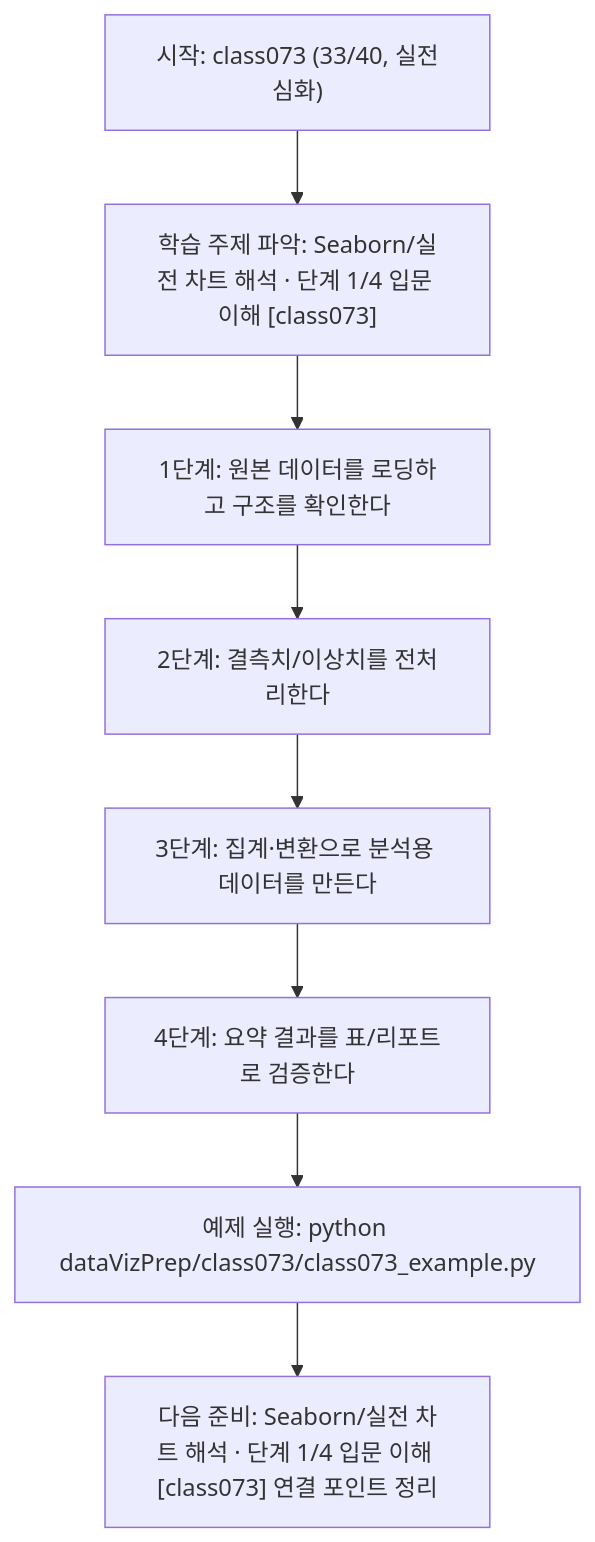
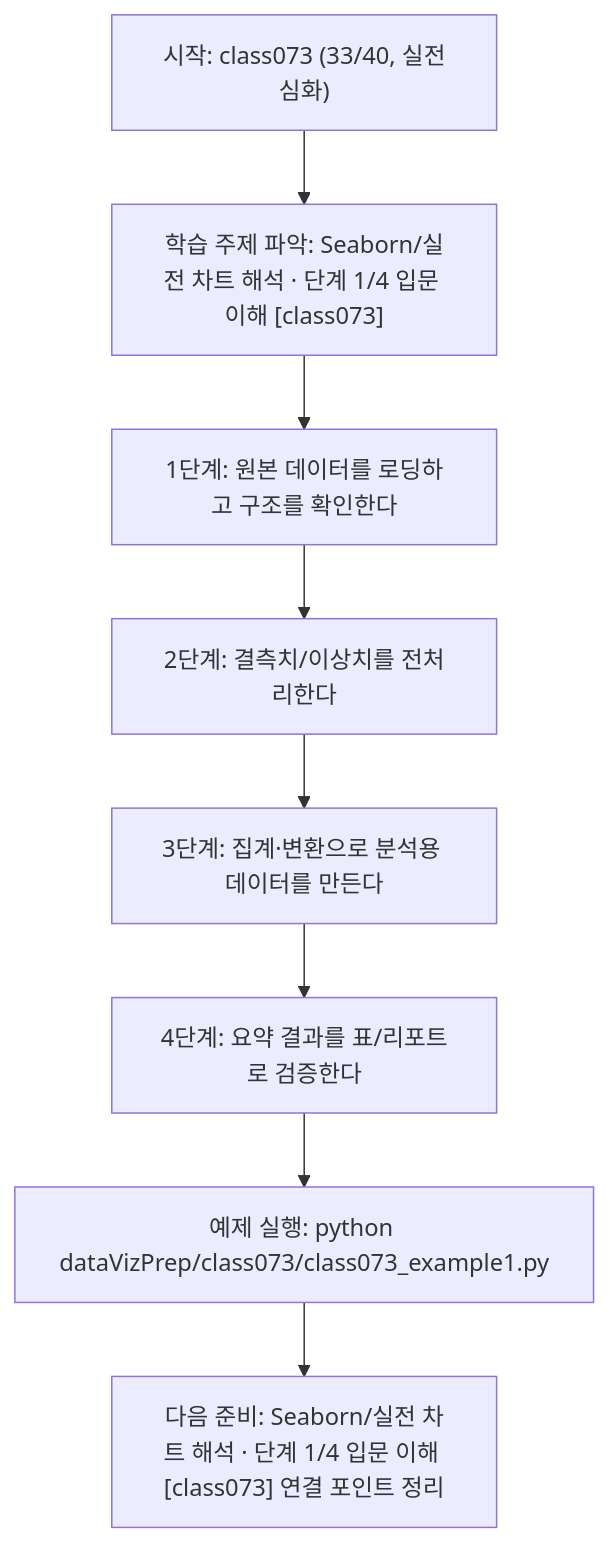
One commit to edumgt/Python-AI_Agent-Class changed the diagram in dataVizPrep/class073/class073.md. Above: the diagram before and after it, drawn with Mermaid. The commit also changed other lines of this file and 2959 other files, not shown here.

````diff
--- a/dataVizPrep/class073/class073.md
+++ b/dataVizPrep/class073/class073.md
@@ -112,18 +112,18 @@
 ```mermaid
 flowchart TD
 N1["시작: class073 (33/40, 실전심화)"]
 N2["학습 주제 파악: Seaborn/실전 차트 해석 · 단계 1/4 입문 이해 [class073]"]
 N3["1단계: 원본 데이터를 로딩하고 구조를 확인한다"]
 N4["2단계: 결측치/이상치를 전처리한다"]
 N5["3단계: 집계·변환으로 분석용 데이터를 만든다"]
 N6["4단계: 요약 결과를 표/리포트로 검증한다"]
-N7["예제 실행: python dataVizPrep/class073/class073_example.py"]
+N7["예제 실행: python dataVizPrep/class073/class073_example1.py"]
 N8["다음 준비: Seaborn/실전 차트 해석 · 단계 1/4 입문 이해 [class073] 연결 포인트 정리"]
 N1 --> N2
 N2 --> N3
 N3 --> N4
 N4 --> N5
 N5 --> N6
 N6 --> N7
 N7 --> N8
 ```
````
